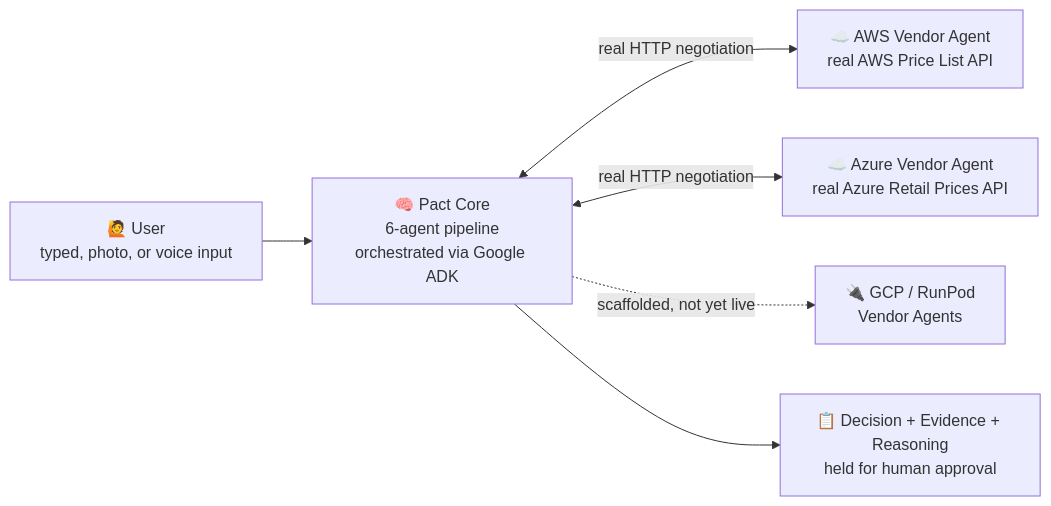
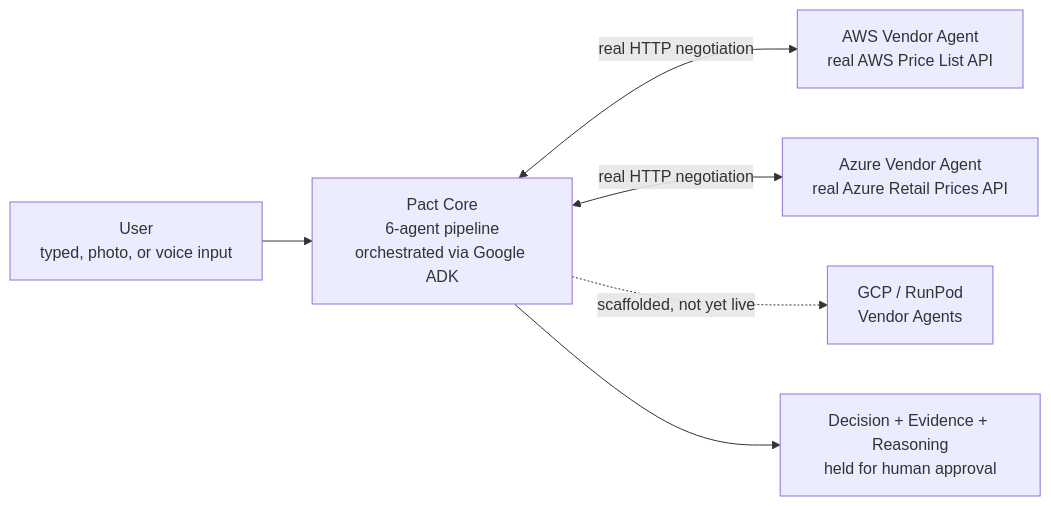
Before and after one commit to maha-rk/pact: the fourth of 6 diagrams in README.md, drawn with Mermaid. The commit also changed other lines of this file, not shown here.

````diff
--- a/README.md
+++ b/README.md
@@ -335,8 +315,8 @@
 ```mermaid
 flowchart LR
-    USER["🙋 User<br/>typed, photo, or voice input"] --> CORE["🧠 Pact Core<br/>6-agent pipeline<br/>orchestrated via Google ADK"]
-    CORE <-->|real HTTP negotiation| AWS["☁️ AWS Vendor Agent<br/>real AWS Price List API"]
-    CORE <-->|real HTTP negotiation| AZURE["☁️ Azure Vendor Agent<br/>real Azure Retail Prices API"]
-    CORE -.->|scaffolded, not yet live| OTHER["🔌 GCP / RunPod<br/>Vendor Agents"]
-    CORE --> DECISION["📋 Decision + Evidence + Reasoning<br/>held for human approval"]
+    USER["User<br/>typed, photo, or voice input"] --> CORE["Pact Core<br/>6-agent pipeline<br/>orchestrated via Google ADK"]
+    CORE <-->|real HTTP negotiation| AWS["AWS Vendor Agent<br/>real AWS Price List API"]
+    CORE <-->|real HTTP negotiation| AZURE["Azure Vendor Agent<br/>real Azure Retail Prices API"]
+    CORE -.->|scaffolded, not yet live| OTHER["GCP / RunPod<br/>Vendor Agents"]
+    CORE --> DECISION["Decision + Evidence + Reasoning<br/>held for human approval"]
 ```
````
